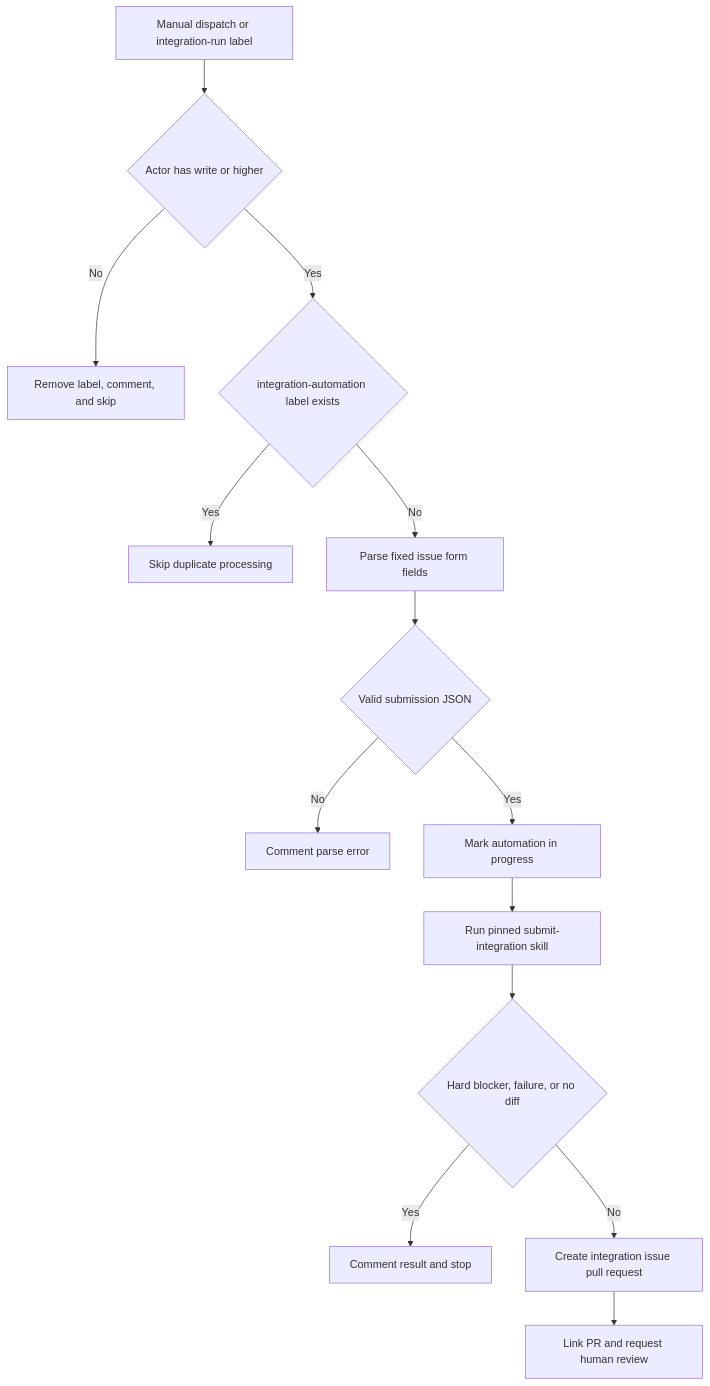
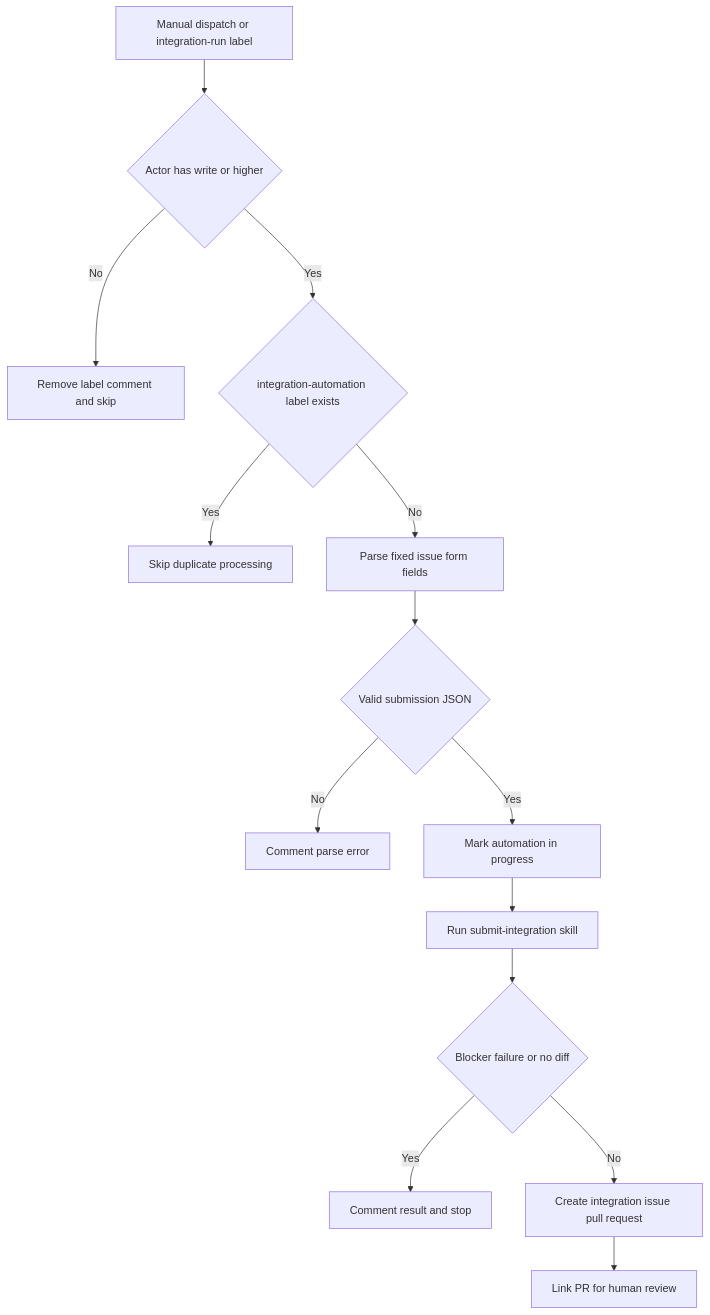
The third of 3 diagrams in openwiki/operations/agent-skills.md (langchain-ai/docs), drawn with Mermaid before and after one commit. The commit also changed other lines of this file and 45 other files, not shown here.

````diff
--- a/openwiki/operations/agent-skills.md
+++ b/openwiki/operations/agent-skills.md
@@ -120,16 +171,16 @@
 ```mermaid
 flowchart TD
   Trigger["Manual dispatch or integration-run label"] --> Auth{"Actor has write or higher"}
-  Auth -- "No" --> Reject["Remove label, comment, and skip"]
+  Auth -- "No" --> Reject["Remove label comment and skip"]
   Auth -- "Yes" --> Seen{"integration-automation label exists"}
   Seen -- "Yes" --> Skip["Skip duplicate processing"]
   Seen -- "No" --> Parse["Parse fixed issue form fields"]
   Parse --> Parsed{"Valid submission JSON"}
   Parsed -- "No" --> ParseError["Comment parse error"]
   Parsed -- "Yes" --> Mark["Mark automation in progress"]
-  Mark --> Agent["Run pinned submit-integration skill"]
-  Agent --> Result{"Hard blocker, failure, or no diff"}
+  Mark --> Agent["Run submit-integration skill"]
+  Agent --> Result{"Blocker failure or no diff"}
   Result -- "Yes" --> Report["Comment result and stop"]
-  Result -- "No" --> PR["Create integration issue pull request"]
-  PR --> Link["Link PR and request human review"]
+  Result -- "No" --> PullRequest["Create integration issue pull request"]
+  PullRequest --> Review["Link PR for human review"]
 ```
````
